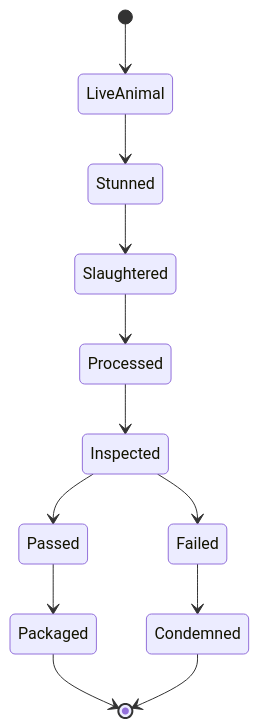
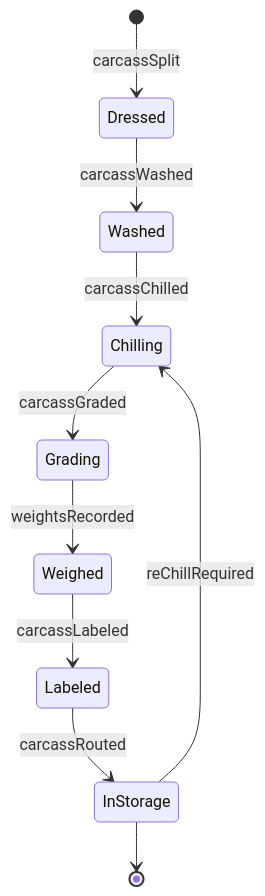
The second of 4 diagrams in HandlingAndMovingObjects/ProcessAnimalCarcasses/ProcessAnimalCarcasses.mdx (dot-org-ai/tasks.org.ai), drawn with Mermaid before and after one commit. The commit also changed other lines of this file and 515 other files, not shown here.

````diff
--- a/HandlingAndMovingObjects/ProcessAnimalCarcasses/ProcessAnimalCarcasses.mdx
+++ b/HandlingAndMovingObjects/ProcessAnimalCarcasses/ProcessAnimalCarcasses.mdx
@@ -98,14 +98,12 @@
 ```mermaid
 stateDiagram-v2
-    [*] --> LiveAnimal
-    LiveAnimal --> Stunned
-    Stunned --> Slaughtered
-    Slaughtered --> Processed
-    Processed --> Inspected
-    Inspected --> Failed
-    Failed --> Condemned
-    Inspected --> Passed
-    Passed --> Packaged
-    Packaged --> [*]
-    Condemned --> [*]
+    [*] --> Dressed : carcassSplit
+    Dressed --> Washed : carcassWashed
+    Washed --> Chilling : carcassChilled
+    Chilling --> Grading : carcassGraded
+    Grading --> Weighed : weightsRecorded
+    Weighed --> Labeled : carcassLabeled
+    Labeled --> InStorage : carcassRouted
+    InStorage --> Chilling : reChillRequired
+    InStorage --> [*]
 ```
````
